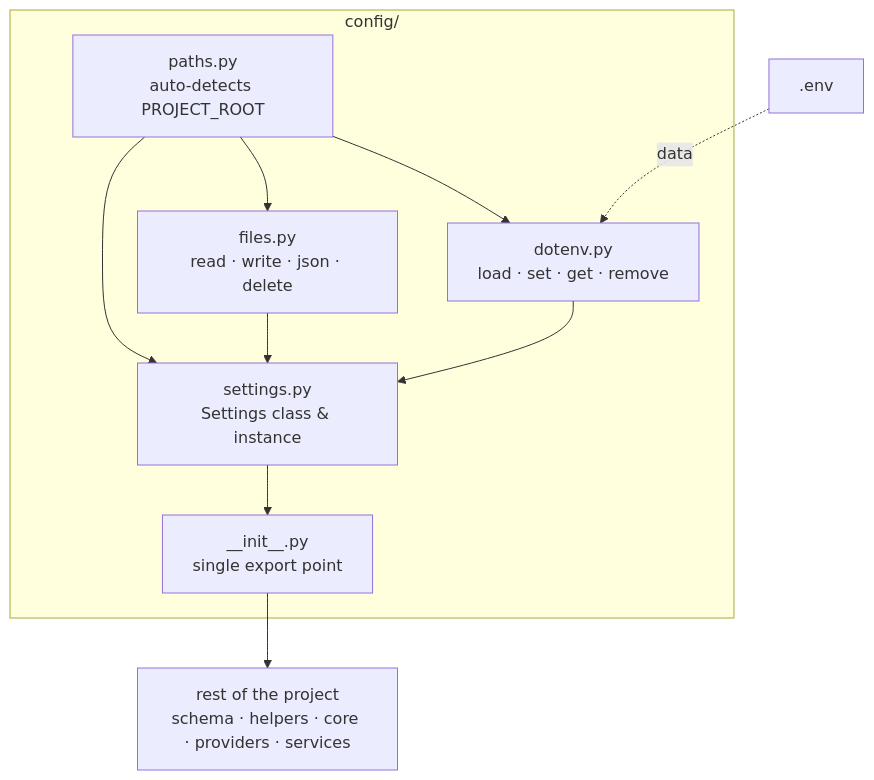
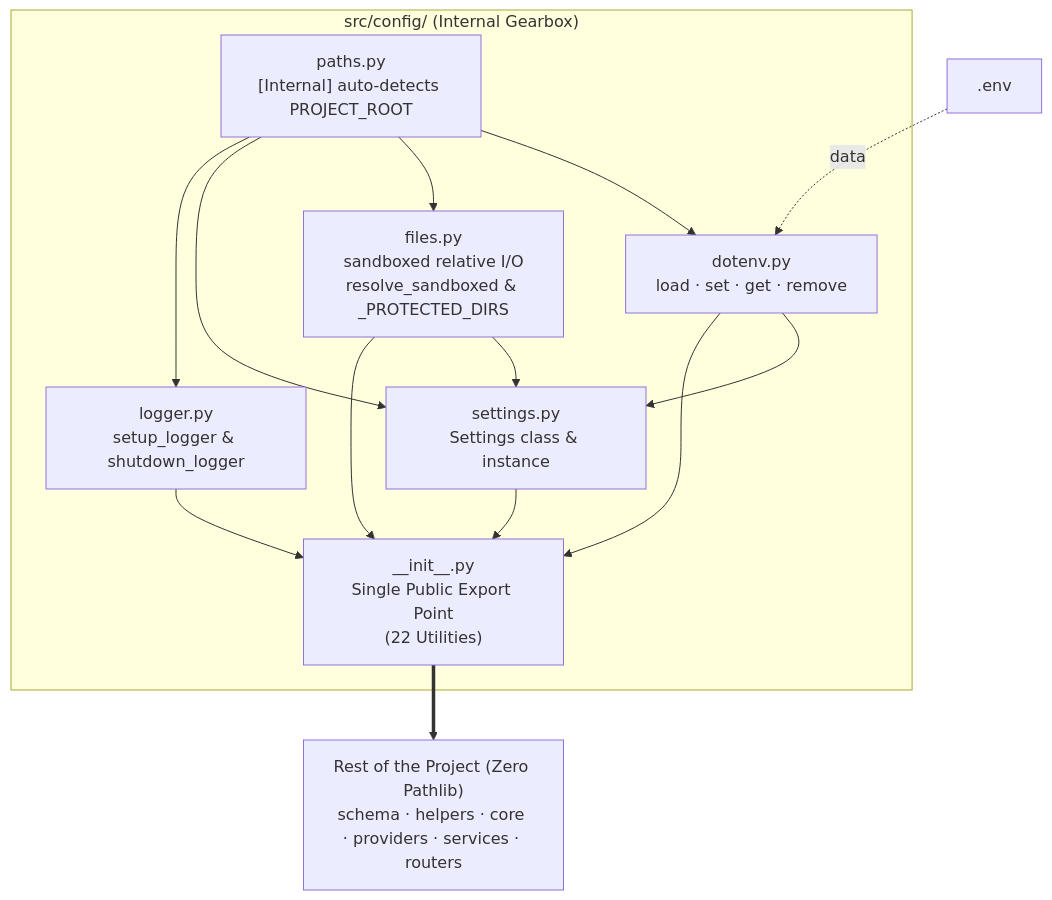
Before and after one commit to mdnaimul22/human-skills: the diagram in skills/storage/my_skills/scaffold-config/SKILL.md, drawn with Mermaid. The commit also changed other lines of this file and 2 other files, not shown here.

First line of the commit message:
docs(config): update scaffold-config SKILL.md and path rules for sandboxed architecture

````diff
--- a/skills/storage/my_skills/scaffold-config/SKILL.md
+++ b/skills/storage/my_skills/scaffold-config/SKILL.md
@@ -50,21 +45,26 @@
 ```mermaid
 flowchart TB
     ENV[".env"] -. data .-> DOTENV
 
-    subgraph CONFIG["config/"]
-        PATHS["paths.py\nauto-detects PROJECT_ROOT"]
+    subgraph CONFIG["src/config/ (Internal Gearbox)"]
+        PATHS["paths.py\n[Internal] auto-detects PROJECT_ROOT"]
         DOTENV["dotenv.py\nload · set · get · remove"]
-        FILES["files.py\nread · write · json · delete"]
+        FILES["files.py\nsandboxed relative I/O\nresolve_sandboxed & _PROTECTED_DIRS"]
         SETTINGS["settings.py\nSettings class & instance"]
-        CINIT["__init__.py\nsingle export point"]
+        LOGGER["logger.py\nsetup_logger & shutdown_logger"]
+        CINIT["__init__.py\nSingle Public Export Point\n(22 Utilities)"]
 
         PATHS --> DOTENV
         PATHS --> FILES
         PATHS --> SETTINGS
+        PATHS --> LOGGER
         FILES --> SETTINGS
         DOTENV --> SETTINGS
         SETTINGS --> CINIT
+        LOGGER --> CINIT
+        FILES --> CINIT
+        DOTENV --> CINIT
     end
 
-    CINIT --> REST["rest of the project\nschema · helpers · core · providers · services"]
+    CINIT ==> REST["Rest of the Project (Zero Pathlib)\nschema · helpers · core · providers · services · routers"]
 ```
````
